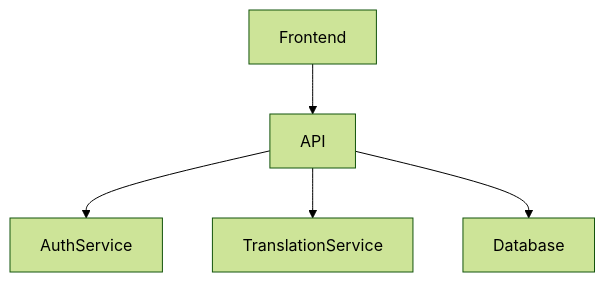
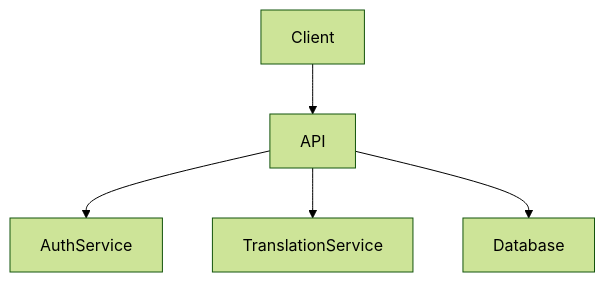
Before and after one commit to Lukianos76/project_babel: the first of 5 diagrams in docs/architecture/component-architecture.md, drawn with Mermaid (forest theme). The commit also changed other lines of this file and 7 other files, not shown here.

````diff
--- a/docs/architecture/component-architecture.md
+++ b/docs/architecture/component-architecture.md
@@ -26,7 +28,7 @@
 ```mermaid
 graph TD
-  Frontend --> API
+  Client --> API
   API --> AuthService
   API --> TranslationService
   API --> Database
 ```
````
